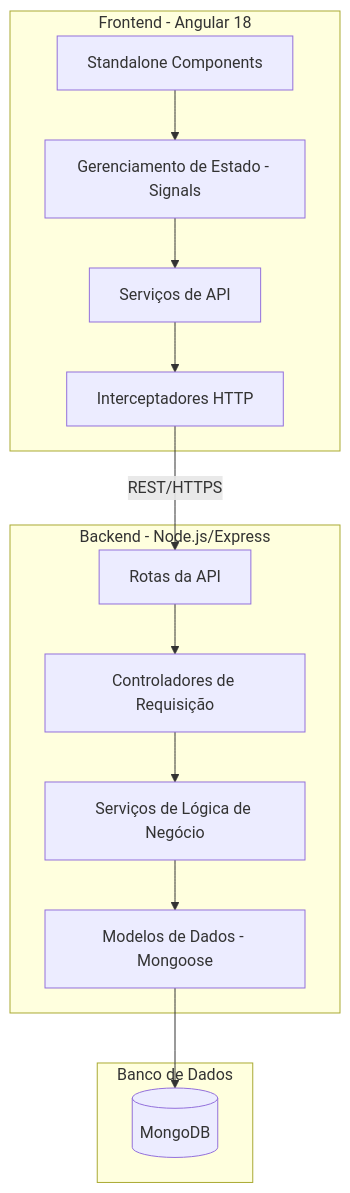
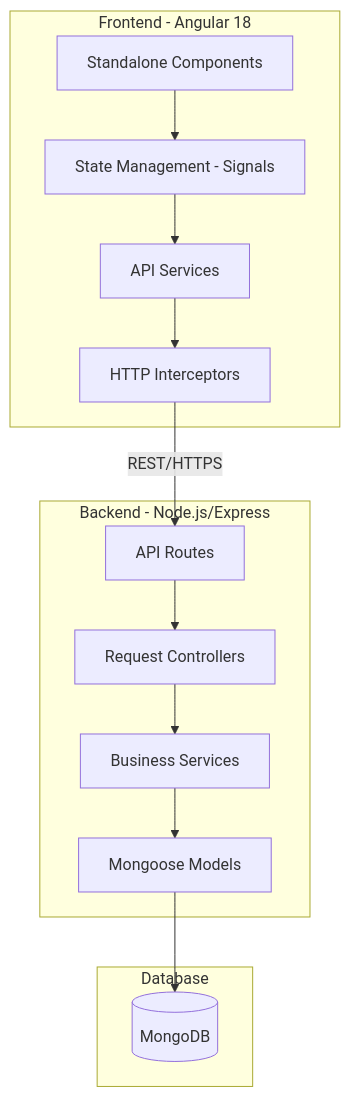
One commit to Isllanrx/Estoquei changed the diagram in README.md. Above: the diagram before and after it, drawn with Mermaid. The commit also changed other lines of this file, not shown here.

````diff
--- a/README.md
+++ b/README.md
@@ -9,29 +33,29 @@
 ```mermaid
 graph TD
     subgraph Client [Frontend - Angular 18]
         UI[Standalone Components]
-        Signals[Gerenciamento de Estado - Signals]
-        Services[Serviços de API]
-        Interceptors[Interceptadores HTTP]
+        Signals[State Management - Signals]
+        Services[API Services]
+        Interceptors[HTTP Interceptors]
         UI --> Signals
         Signals --> Services
         Services --> Interceptors
     end
 
     subgraph Server [Backend - Node.js/Express]
-        Routes[Rotas da API]
-        Controllers[Controladores de Requisição]
-        BServices[Serviços de Lógica de Negócio]
-        Models[Modelos de Dados - Mongoose]
+        Routes[API Routes]
+        Controllers[Request Controllers]
+        BServices[Business Services]
+        Models[Mongoose Models]
         Routes --> Controllers
         Controllers --> BServices
         BServices --> Models
     end
 
-    subgraph Persistence [Banco de Dados]
+    subgraph Persistence [Database]
         DB[(MongoDB)]
         Models --> DB
     end
 
     Interceptors -- REST/HTTPS --> Routes
 ```
````
